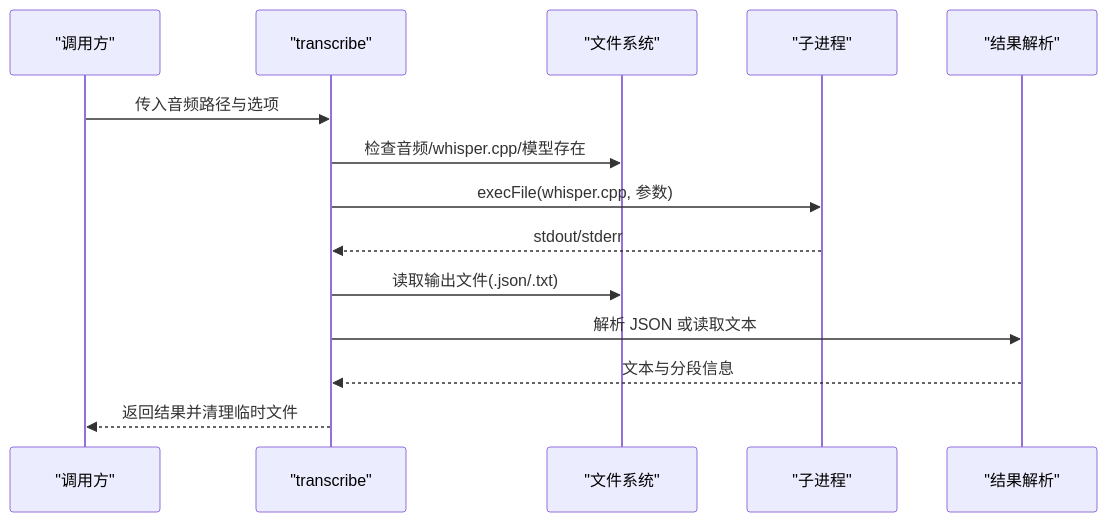
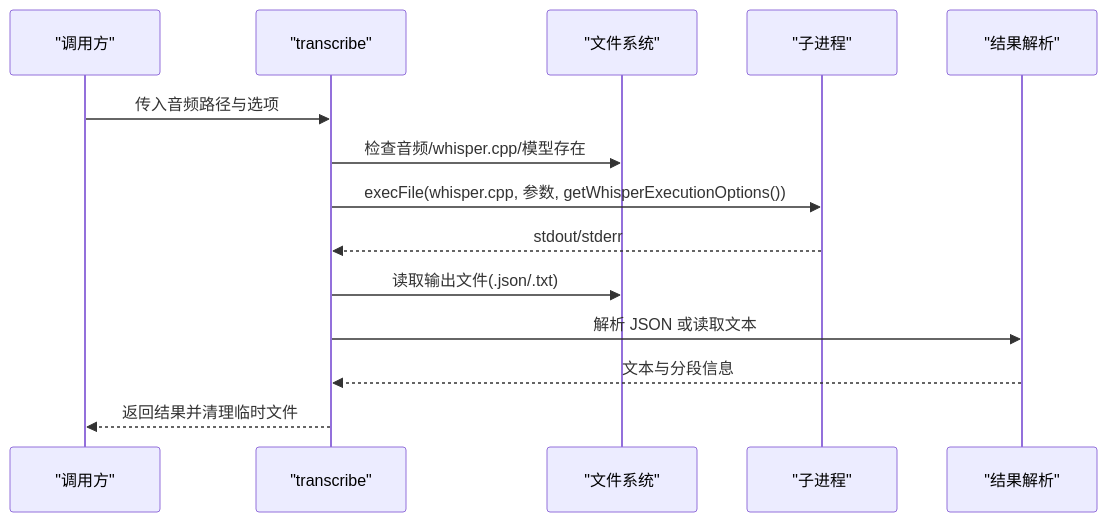
One commit to clawbotai/memo-flow changed the fifth of 11 diagrams in .qoder/repowiki/zh/content/核心功能模块/Whisper 配置管理.md. Above: the diagram before and after it, drawn with Mermaid. The commit also changed other lines of this file and 12 other files, not shown here.

````diff
--- a/.qoder/repowiki/zh/content/核心功能模块/Whisper 配置管理.md
+++ b/.qoder/repowiki/zh/content/核心功能模块/Whisper 配置管理.md
@@ -223,16 +278,16 @@
 ```mermaid
 sequenceDiagram
 participant Caller as "调用方"
 participant Whisper as "transcribe"
 participant FS as "文件系统"
 participant Child as "子进程"
 participant Parser as "结果解析"
 Caller->>Whisper : 传入音频路径与选项
 Whisper->>FS : 检查音频/whisper.cpp/模型存在
-Whisper->>Child : execFile(whisper.cpp, 参数)
+Whisper->>Child : execFile(whisper.cpp, 参数, getWhisperExecutionOptions())
 Child-->>Whisper : stdout/stderr
 Whisper->>FS : 读取输出文件(.json/.txt)
 Whisper->>Parser : 解析 JSON 或读取文本
 Parser-->>Whisper : 文本与分段信息
 Whisper-->>Caller : 返回结果并清理临时文件
 ```
````
